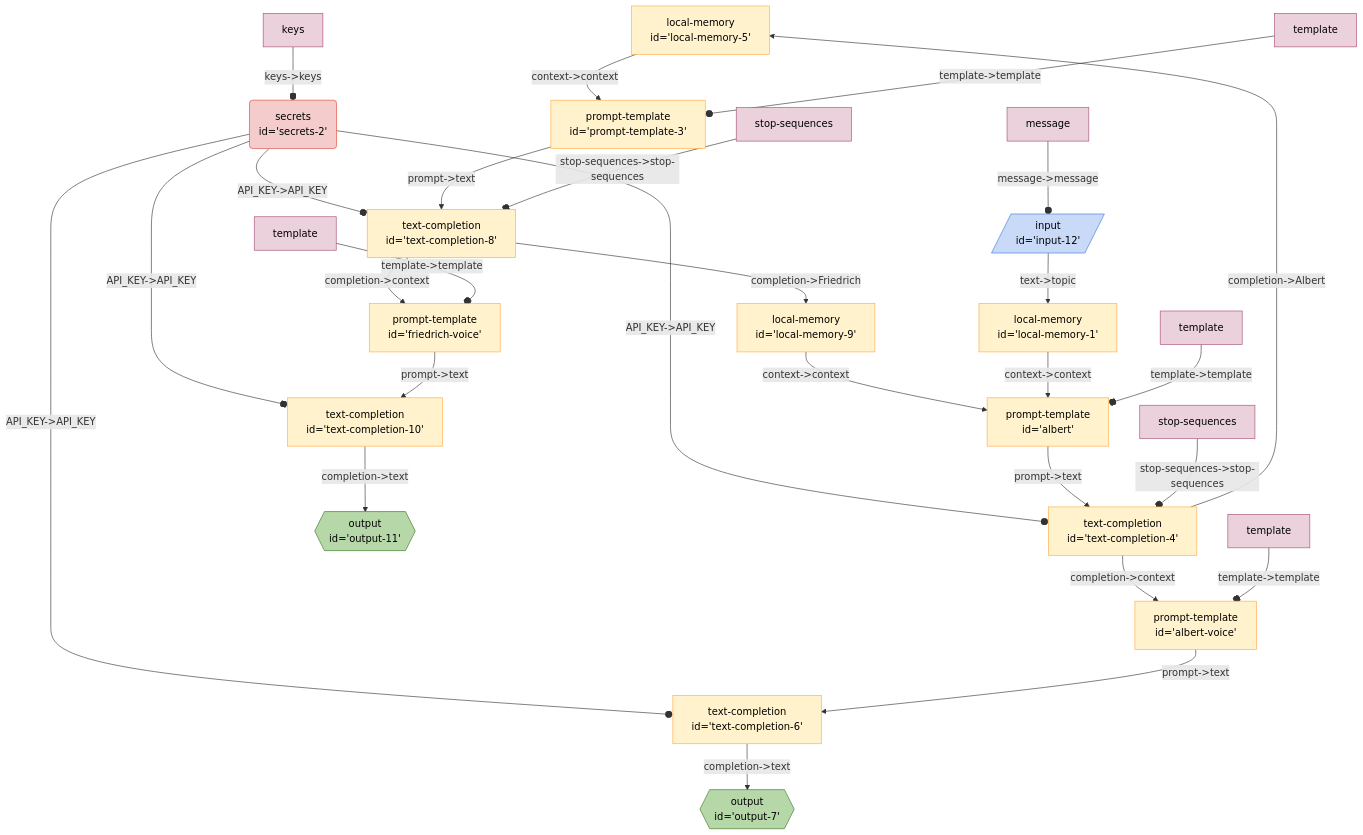
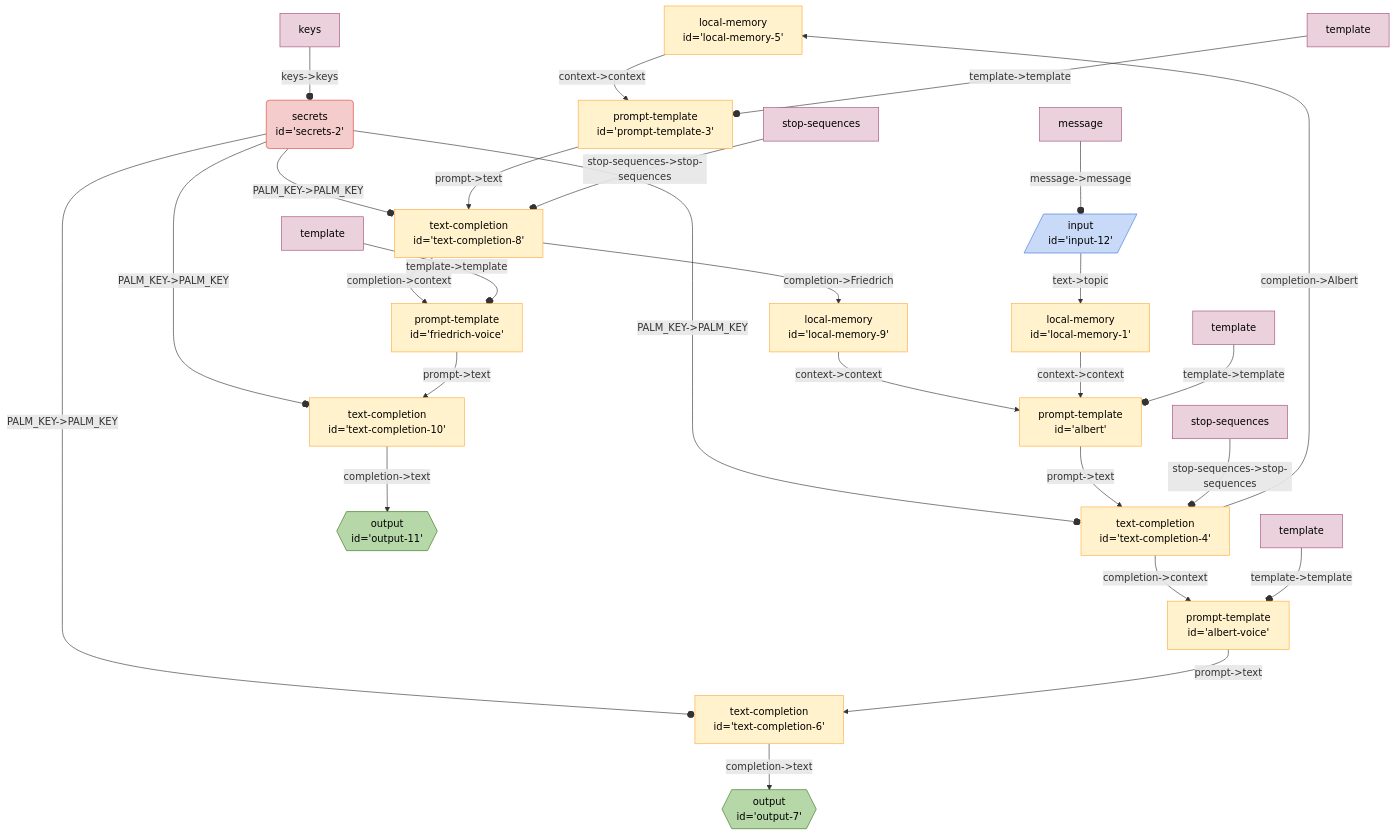
One commit to breadboard-ai/breadboard changed the diagram in seeds/graph-playground/docs/graphs/endless-debate-with-voice.md. Above: the diagram before and after it, drawn with Mermaid. The commit also changed 72 other files, not shown here.

Commit message:
Rename API_KEY to PALM_KEY. Fixes #72.

````diff
--- a/seeds/graph-playground/docs/graphs/endless-debate-with-voice.md
+++ b/seeds/graph-playground/docs/graphs/endless-debate-with-voice.md
@@ -5,74 +5,74 @@
   ```mermaid
   %%{init: 'themeVariables': { 'fontFamily': 'Fira Code, monospace' }}%%
 graph TD;
 localmemory5["local-memory
 id='local-memory-5'"] -- "context->context" --> prompttemplate3["prompt-template
 id='prompt-template-3'"]
 textcompletion4["text-completion
 id='text-completion-4'"] -- "completion->Albert" --> localmemory5["local-memory
 id='local-memory-5'"]
 secrets2("secrets
-id='secrets-2'"):::secrets -- "API_KEY->API_KEY" --o textcompletion6["text-completion
+id='secrets-2'"):::secrets -- "PALM_KEY->PALM_KEY" --o textcompletion6["text-completion
 id='text-completion-6'"]
 textcompletion6["text-completion
 id='text-completion-6'"] -- "completion->text" --> output7{{"output
 id='output-7'"}}:::output
 albertvoice["prompt-template
 id='albert-voice'"] -- "prompt->text" --> textcompletion6["text-completion
 id='text-completion-6'"]
 textcompletion4["text-completion
 id='text-completion-4'"] -- "completion->context" --> albertvoice["prompt-template
 id='albert-voice'"]
 secrets2("secrets
-id='secrets-2'"):::secrets -- "API_KEY->API_KEY" --o textcompletion4["text-completion
+id='secrets-2'"):::secrets -- "PALM_KEY->PALM_KEY" --o textcompletion4["text-completion
 id='text-completion-4'"]
 albert["prompt-template
 id='albert'"] -- "prompt->text" --> textcompletion4["text-completion
 id='text-completion-4'"]
 localmemory9["local-memory
 id='local-memory-9'"] -- "context->context" --> albert["prompt-template
 id='albert'"]
 textcompletion8["text-completion
 id='text-completion-8'"] -- "completion->Friedrich" --> localmemory9["local-memory
 id='local-memory-9'"]
 secrets2("secrets
-id='secrets-2'"):::secrets -- "API_KEY->API_KEY" --o textcompletion10["text-completion
+id='secrets-2'"):::secrets -- "PALM_KEY->PALM_KEY" --o textcompletion10["text-completion
 id='text-completion-10'"]
 textcompletion10["text-completion
 id='text-completion-10'"] -- "completion->text" --> output11{{"output
 id='output-11'"}}:::output
 friedrichvoice["prompt-template
 id='friedrich-voice'"] -- "prompt->text" --> textcompletion10["text-completion
 id='text-completion-10'"]
 textcompletion8["text-completion
 id='text-completion-8'"] -- "completion->context" --> friedrichvoice["prompt-template
 id='friedrich-voice'"]
 secrets2("secrets
-id='secrets-2'"):::secrets -- "API_KEY->API_KEY" --o textcompletion8["text-completion
+id='secrets-2'"):::secrets -- "PALM_KEY->PALM_KEY" --o textcompletion8["text-completion
 id='text-completion-8'"]
 prompttemplate3["prompt-template
 id='prompt-template-3'"] -- "prompt->text" --> textcompletion8["text-completion
 id='text-completion-8'"]
 localmemory1["local-memory
 id='local-memory-1'"] -- "context->context" --> albert["prompt-template
 id='albert'"]
 input12[/"input
 id='input-12'"/]:::input -- "text->topic" --> localmemory1["local-memory
 id='local-memory-1'"]
 keyssecrets2[keys]:::config -- "keys->keys" --o secrets2
 templateprompttemplate3[template]:::config -- "template->template" --o prompttemplate3
 templatealbert[template]:::config -- "template->template" --o albert
 stopsequencestextcompletion4[stop-sequences]:::config -- "stop-sequences->stop-sequences" --o textcompletion4
 templatealbertvoice[template]:::config -- "template->template" --o albertvoice
 stopsequencestextcompletion8[stop-sequences]:::config -- "stop-sequences->stop-sequences" --o textcompletion8
 templatefriedrichvoice[template]:::config -- "template->template" --o friedrichvoice
 messageinput12[message]:::config -- "message->message" --o input12
 classDef default stroke:#ffab40,fill:#fff2ccff,color:#000
 classDef input stroke:#3c78d8,fill:#c9daf8ff,color:#000
 classDef output stroke:#38761d,fill:#b6d7a8ff,color:#000
 classDef passthrough stroke:#a64d79,fill:#ead1dcff,color:#000
 classDef slot stroke:#a64d79,fill:#ead1dcff,color:#000
 classDef config stroke:#a64d79,fill:#ead1dcff,color:#000
 classDef secrets stroke:#db4437,fill:#f4cccc,color:#000
 classDef slotted stroke:#a64d79
   ```
````
